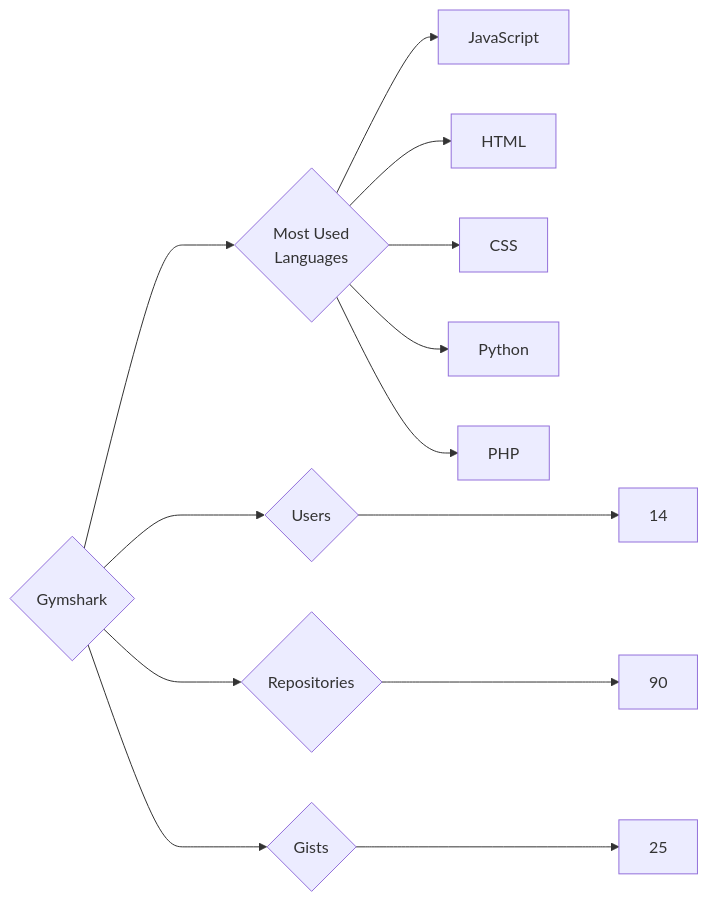
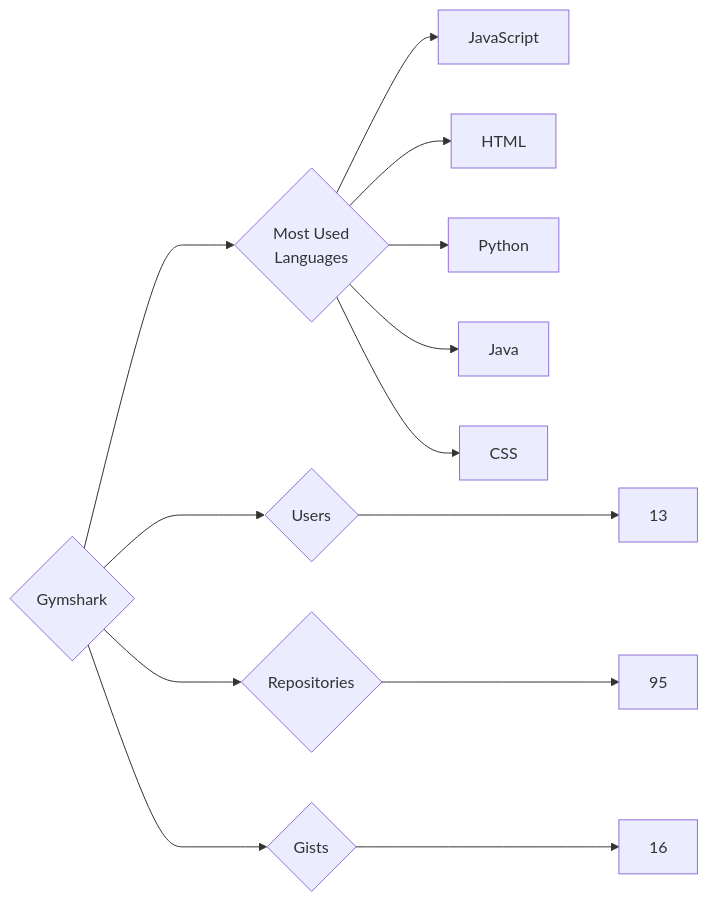
Before and after one commit to trickest/insiders: the diagram in targets/Gymshark/README.md, drawn with Mermaid. The commit also changed 682 other files, not shown here.

````diff
--- a/targets/Gymshark/README.md
+++ b/targets/Gymshark/README.md
@@ -3,13 +3,13 @@
 ```mermaid
 graph LR
 COMPANY_NAME{Gymshark}
-COMPANY_NAME ---> U{Users} ---> UN[14]
-COMPANY_NAME ---> R{Repositories} ---> RN[90]
-COMPANY_NAME ---> G{Gists} ---> GN[25]
+COMPANY_NAME ---> U{Users} ---> UN[13]
+COMPANY_NAME ---> R{Repositories} ---> RN[95]
+COMPANY_NAME ---> G{Gists} ---> GN[16]
 COMPANY_NAME ---> ML{Most Used<br>Languages}
 ML --> JavaScript[JavaScript]
 ML --> HTML[HTML]
+ML --> Python[Python]
+ML --> Java[Java]
 ML --> CSS[CSS]
-ML --> Python[Python]
-ML --> PHP[PHP]
 ```
````
